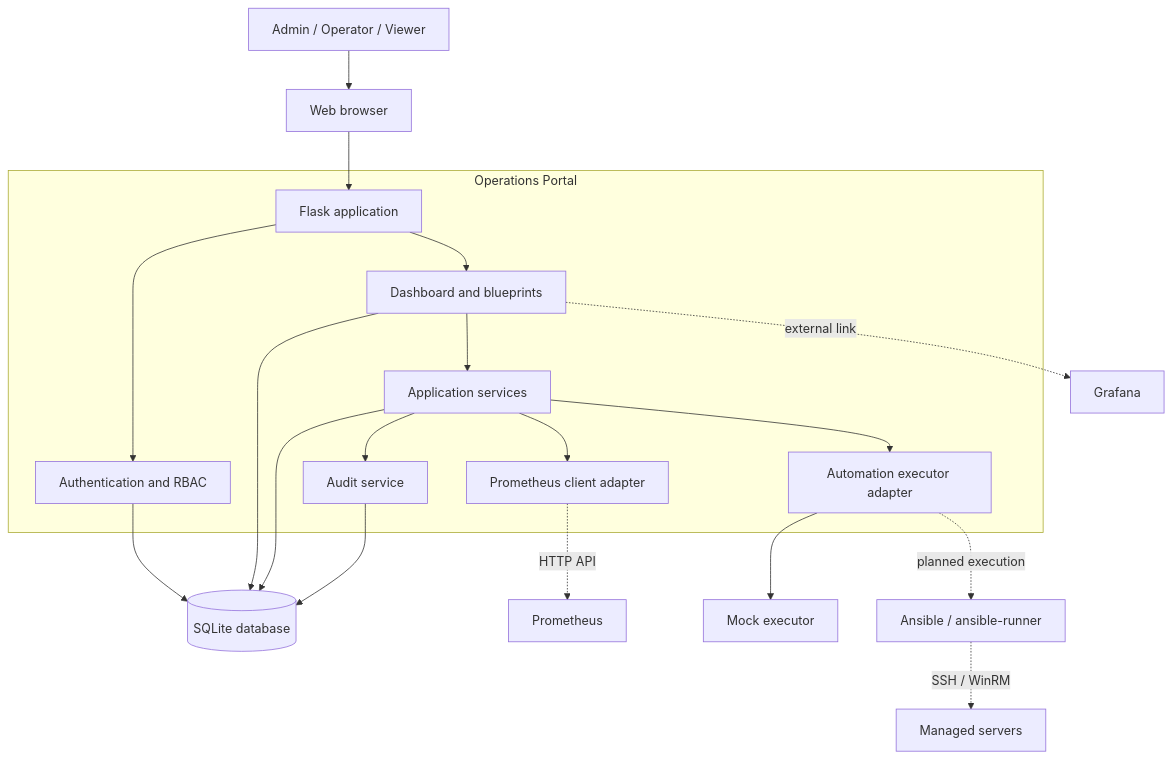
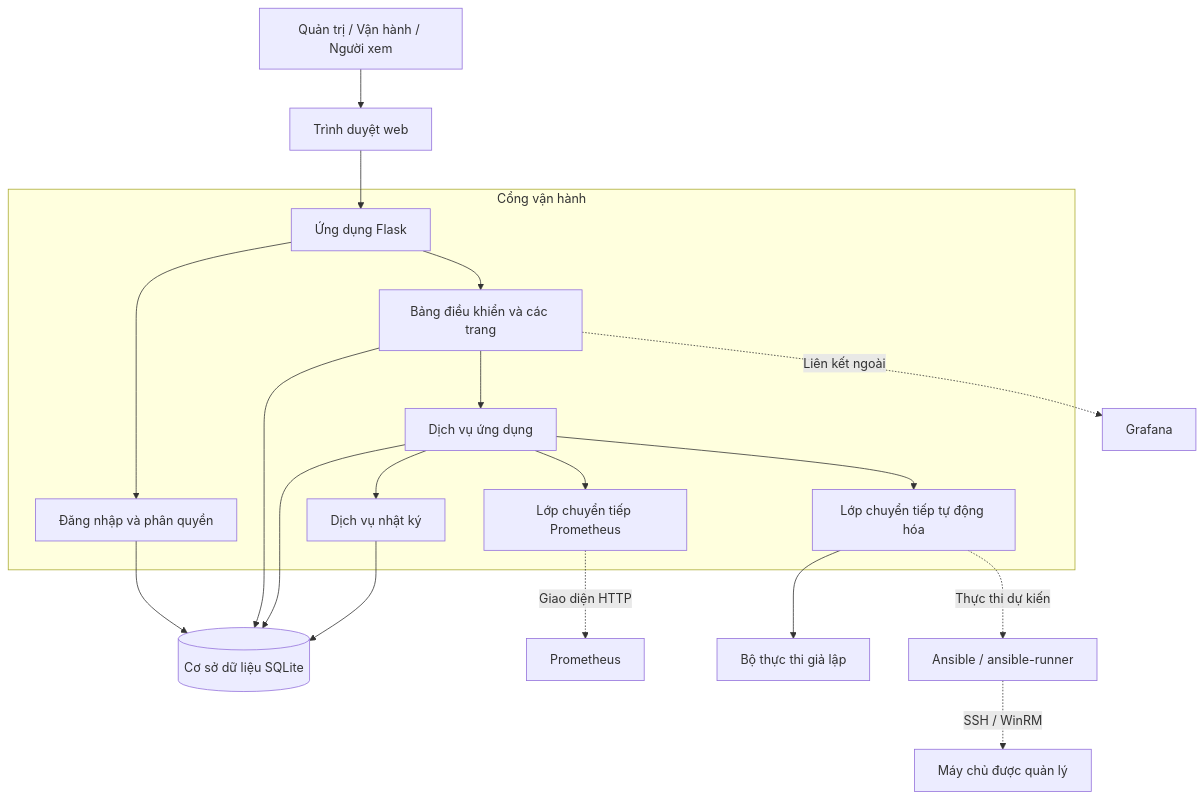
Before and after one commit to NTGiaBao31/cloud-infrastructure-operations-portal: the diagram in docs/application-architecture.md, drawn with Mermaid. The commit also changed other lines of this file and 42 other files, not shown here.

````diff
--- a/docs/application-architecture.md
+++ b/docs/application-architecture.md
@@ -7,24 +7,24 @@
 ```mermaid
 flowchart TB
-    User[Admin / Operator / Viewer] --> Browser[Web browser]
-    Browser --> Flask[Flask application]
+    User[Quản trị / Vận hành / Người xem] --> Browser[Trình duyệt web]
+    Browser --> Flask[Ứng dụng Flask]
 
-    subgraph Portal[Operations Portal]
-        Flask --> Auth[Authentication and RBAC]
-        Flask --> Views[Dashboard and blueprints]
-        Views --> Services[Application services]
-        Services --> Executors[Automation executor adapter]
-        Services --> Metrics[Prometheus client adapter]
-        Services --> Audit[Audit service]
+    subgraph Portal[Cổng vận hành]
+        Flask --> Auth[Đăng nhập và phân quyền]
+        Flask --> Views[Bảng điều khiển và các trang]
+        Views --> Services[Dịch vụ ứng dụng]
+        Services --> Executors[Lớp chuyển tiếp tự động hóa]
+        Services --> Metrics[Lớp chuyển tiếp Prometheus]
+        Services --> Audit[Dịch vụ nhật ký]
     end
 
-    Auth --> SQLite[(SQLite database)]
+    Auth --> SQLite[(Cơ sở dữ liệu SQLite)]
     Views --> SQLite
     Services --> SQLite
     Audit --> SQLite
-    Metrics -. HTTP API .-> Prometheus[Prometheus]
-    Views -. external link .-> Grafana[Grafana]
-    Executors --> Mock[Mock executor]
-    Executors -. planned execution .-> Ansible[Ansible / ansible-runner]
-    Ansible -. SSH / WinRM .-> Servers[Managed servers]
+    Metrics -. Giao diện HTTP .-> Prometheus[Prometheus]
+    Views -. Liên kết ngoài .-> Grafana[Grafana]
+    Executors --> Mock[Bộ thực thi giả lập]
+    Executors -. Thực thi dự kiến .-> Ansible[Ansible / ansible-runner]
+    Ansible -. SSH / WinRM .-> Servers[Máy chủ được quản lý]
 ```
````
